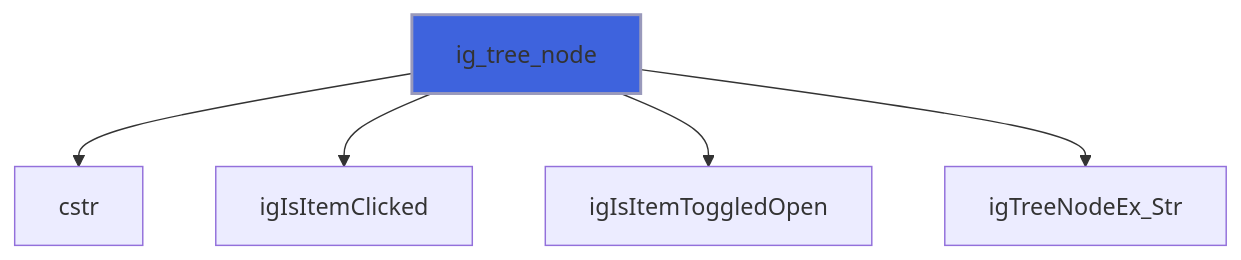
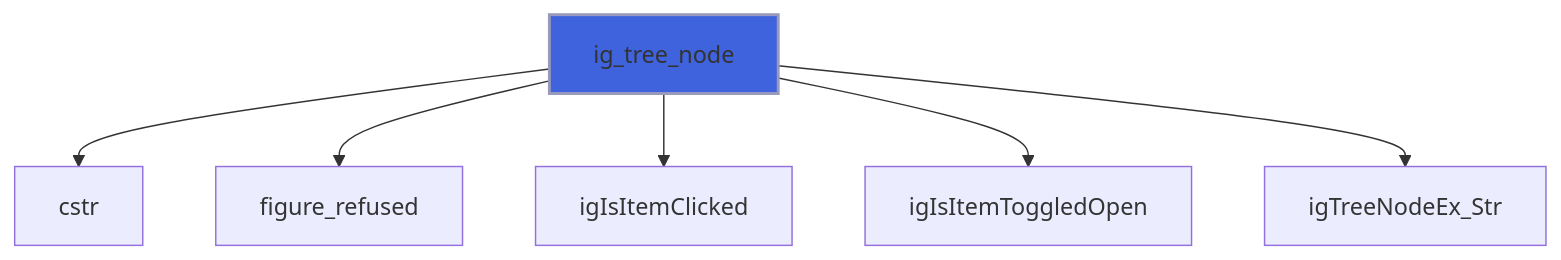
Diagram 23 of 26 in docs/api/src/lib/figure_group.md (szaghi/figure), drawn with Mermaid before and after one commit. The commit also changed other lines of this file and 13 other files, not shown here.

````diff
--- a/docs/api/src/lib/figure_group.md
+++ b/docs/api/src/lib/figure_group.md
@@ -552,8 +555,9 @@
 ```mermaid
 flowchart TD
   ig_tree_node["ig_tree_node"] --> cstr["cstr"]
+  ig_tree_node["ig_tree_node"] --> figure_refused["figure_refused"]
   ig_tree_node["ig_tree_node"] --> igIsItemClicked["igIsItemClicked"]
   ig_tree_node["ig_tree_node"] --> igIsItemToggledOpen["igIsItemToggledOpen"]
   ig_tree_node["ig_tree_node"] --> igTreeNodeEx_Str["igTreeNodeEx_Str"]
   style ig_tree_node fill:#3e63dd,stroke:#99b,stroke-width:2px
 ```
````
